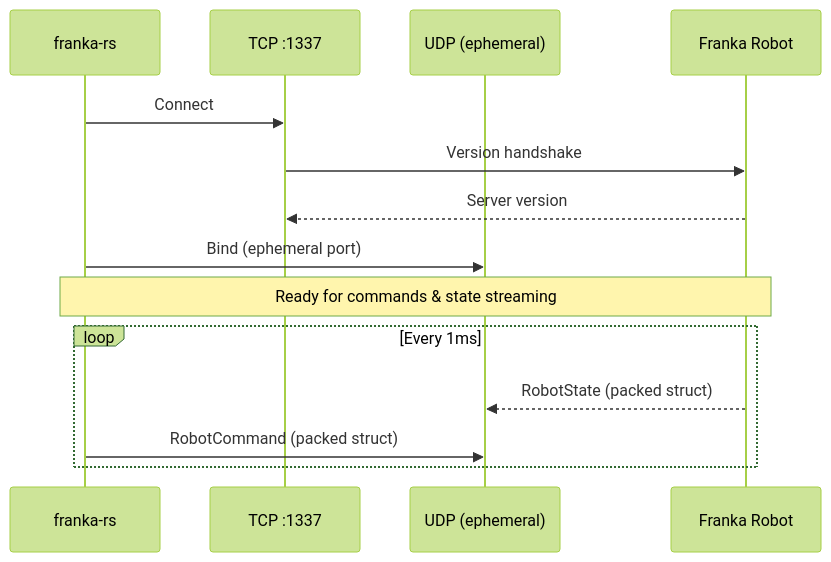
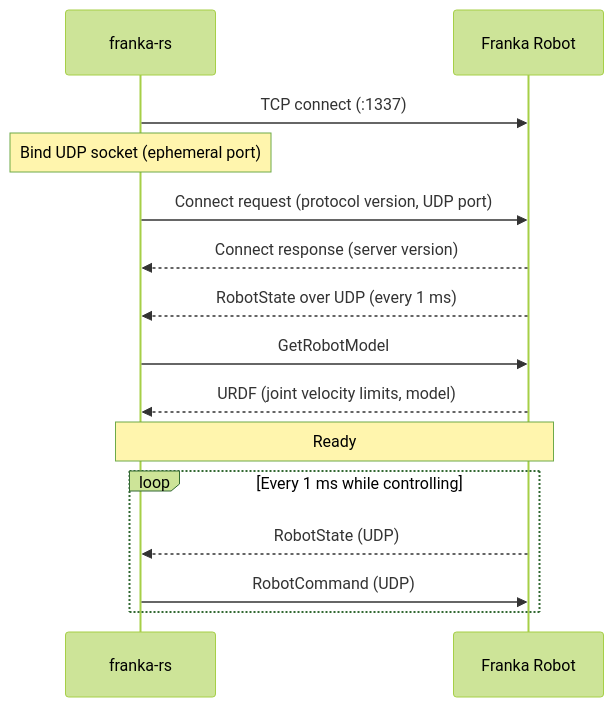
One commit to ColeTen/franka-rs changed the diagram in docs/src/getting-started.md. Above: the diagram before and after it, drawn with Mermaid (forest theme). The commit also changed other lines of this file and 43 other files, not shown here.

````diff
--- a/docs/src/getting-started.md
+++ b/docs/src/getting-started.md
@@ -52,18 +54,19 @@
 ```mermaid
 sequenceDiagram
     participant App as franka-rs
-    participant TCP as TCP :1337
-    participant UDP as UDP (ephemeral)
     participant Robot as Franka Robot
 
-    App->>TCP: Connect
-    TCP->>Robot: Version handshake
-    Robot-->>TCP: Server version
-    App->>UDP: Bind (ephemeral port)
-    Note over App,Robot: Ready for commands & state streaming
+    App->>Robot: TCP connect (:1337)
+    Note over App: Bind UDP socket (ephemeral port)
+    App->>Robot: Connect request (protocol version, UDP port)
+    Robot-->>App: Connect response (server version)
+    Robot-->>App: RobotState over UDP (every 1 ms)
+    App->>Robot: GetRobotModel
+    Robot-->>App: URDF (joint velocity limits, model)
+    Note over App,Robot: Ready
 
-    loop Every 1ms
-        Robot-->>UDP: RobotState (packed struct)
-        App->>UDP: RobotCommand (packed struct)
+    loop Every 1 ms while controlling
+        Robot-->>App: RobotState (UDP)
+        App->>Robot: RobotCommand (UDP)
     end
 ```
````
